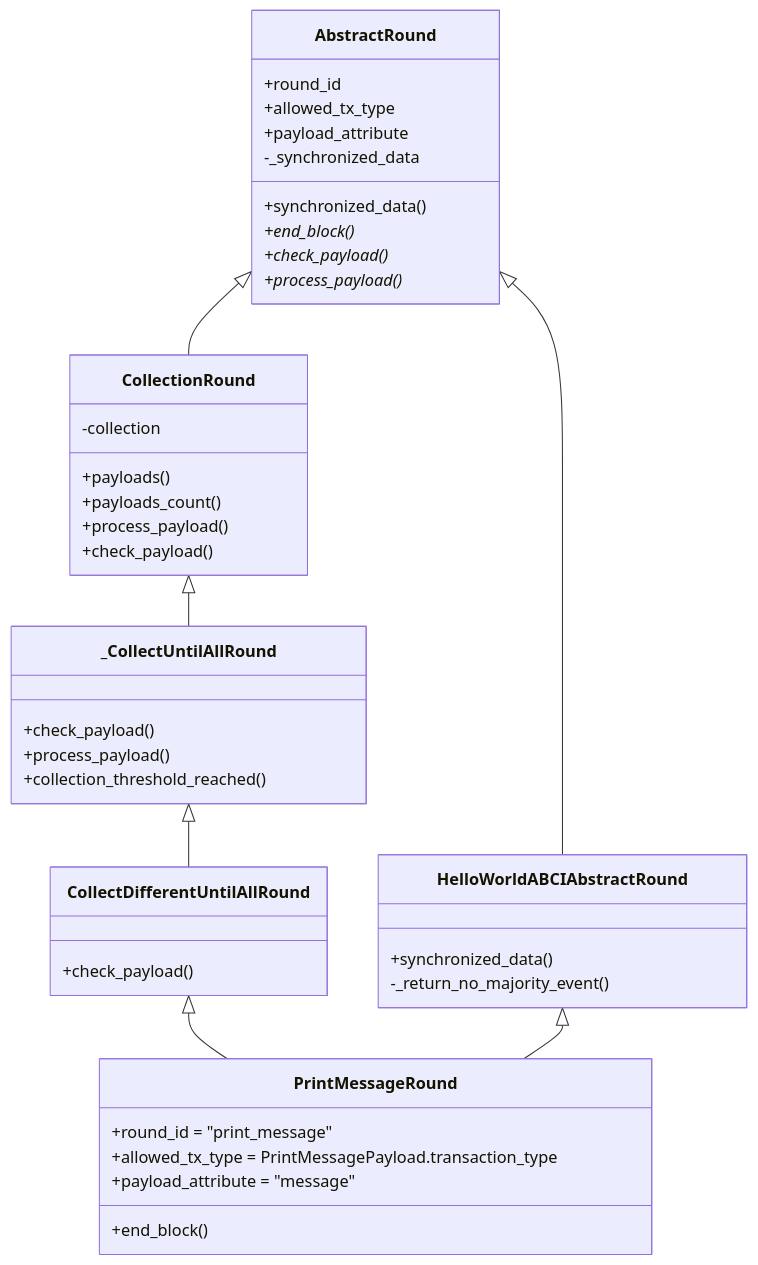
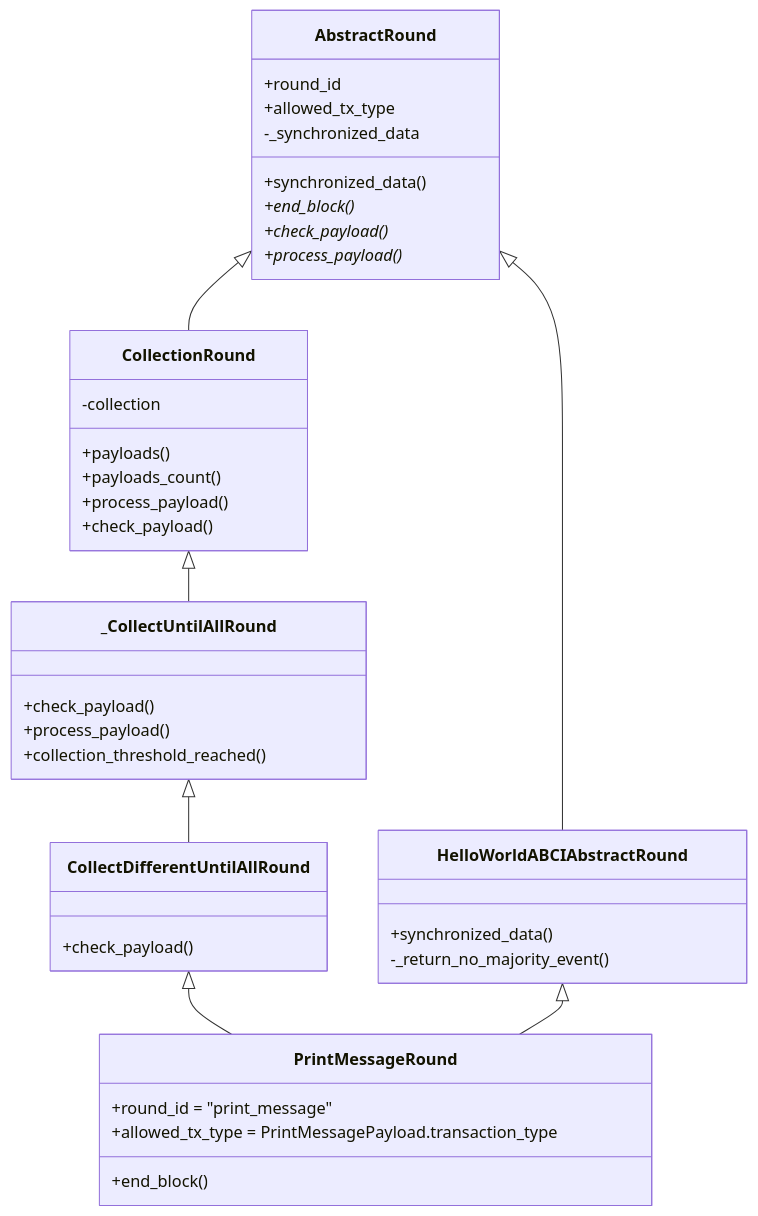
Before and after one commit to valory-xyz/open-autonomy: the first of 2 diagrams in docs/demos/hello_world_demo.md, drawn with Mermaid. The commit also changed other lines of this file and 27 other files, not shown here.

```diff
--- a/docs/demos/hello_world_demo.md
+++ b/docs/demos/hello_world_demo.md
@@ -298,44 +298,42 @@
   <div class="mermaid">
   classDiagram
       AbstractRound <|-- CollectionRound
       CollectionRound <|-- _CollectUntilAllRound
       _CollectUntilAllRound <|-- CollectDifferentUntilAllRound
       CollectDifferentUntilAllRound <|-- PrintMessageRound
       HelloWorldABCIAbstractRound <|-- PrintMessageRound
       AbstractRound <|-- HelloWorldABCIAbstractRound
       class AbstractRound{
         +round_id
         +allowed_tx_type
-        +payload_attribute
         -_synchronized_data
         +synchronized_data()
         +end_block()*
         +check_payload()*
         +process_payload()*
       }
       class HelloWorldABCIAbstractRound{
         +synchronized_data()
         -_return_no_majority_event()
       }
       class CollectionRound{
         -collection
         +payloads()
         +payloads_count()
         +process_payload()
         +check_payload()
       }
       class _CollectUntilAllRound{
         +check_payload()
         +process_payload()
         +collection_threshold_reached()
       }
       class CollectDifferentUntilAllRound{
         +check_payload()
       }
       class PrintMessageRound{
         +round_id = "print_message"
         +allowed_tx_type = PrintMessagePayload.transaction_type
-        +payload_attribute = "message"
         +end_block()
       }
   </div>
```
